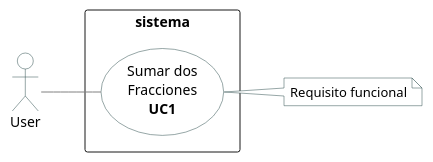
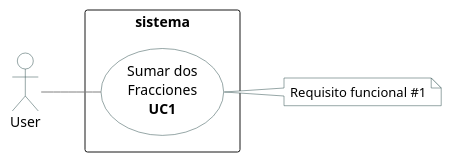
Before and after one commit to srlopez/RUP: the first of 3 diagrams in ejemplos/fraccion_completo.md, drawn with PlantUML.

````diff
--- a/ejemplos/fraccion_completo.md
+++ b/ejemplos/fraccion_completo.md
@@ -20,28 +20,28 @@
 ```plantuml
 @startuml
 skinparam usecase {
   BackgroundColor White
   BorderColor DarkSlateGray
   ArrowColor Grey
 }
 skinparam actor {
   BackgroundColor White
   BorderColor DarkSlateGray
   ArrowColor Grey
 }
 skinparam note {
   BackgroundColor White
   BorderColor DarkSlateGray
 }
-note "Requisito funcional" as n1
+note "Requisito funcional #1" as n1
 
 left to right direction
 :User: as cli
 rectangle sistema {
   (Sumar dos\nFracciones\n<b>UC1</b>) as suma 
 }
 
 cli -- suma
 suma -- n1
 @enduml
 ```
````
